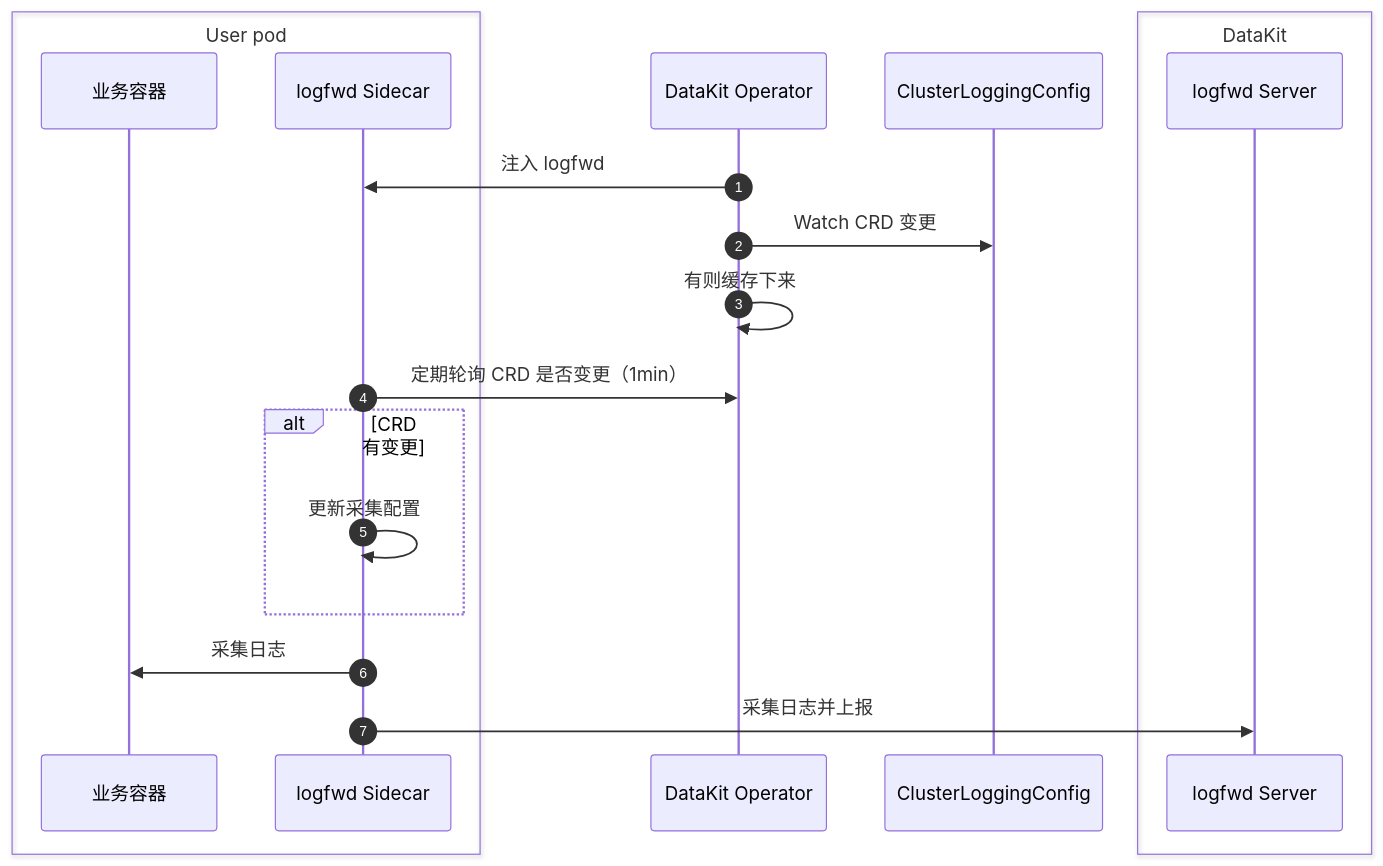
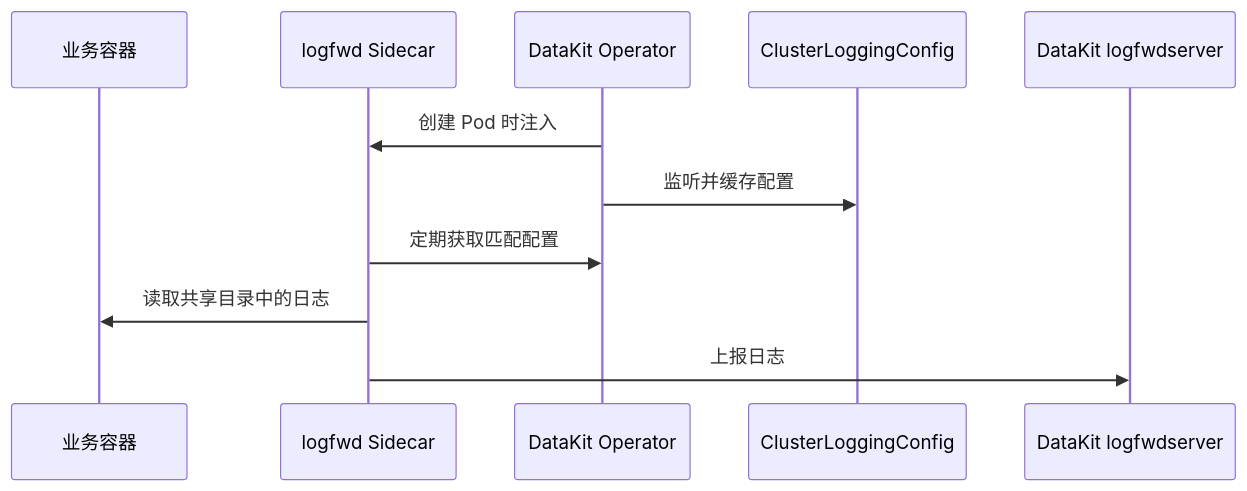
The diagram in export/zh/operator-logfwd.md (GuanceCloud/datakit-operator), drawn with Mermaid before and after one commit. The commit also changed other lines of this file and 55 other files, not shown here.

````diff
--- a/export/zh/operator-logfwd.md
+++ b/export/zh/operator-logfwd.md
@@ -8,28 +7,14 @@
 ```mermaid
 sequenceDiagram
-autonumber
+    participant App as 业务容器
+    participant Sidecar as logfwd Sidecar
+    participant Operator as DataKit Operator
+    participant CRD as ClusterLoggingConfig
+    participant DataKit as DataKit logfwdserver
 
-box User pod
-participant container as 业务容器
-participant logfwd as logfwd Sidecar
-end
-
-participant opr as DataKit Operator
-participant crd as ClusterLoggingConfig
-
-box DataKit
-participant logfwds as logfwd Server
-end
-
-opr ->> logfwd: 注入 logfwd
-opr ->> crd: Watch CRD 变更
-opr ->> opr: 有则缓存下来
-logfwd ->> opr: 定期轮询 CRD 是否变更（1min）
-
-alt CRD 有变更
-logfwd ->> logfwd: 更新采集配置
-end
-
-logfwd ->> container: 采集日志
-logfwd ->> logfwds: 采集日志并上报
+    Operator->>Sidecar: 创建 Pod 时注入
+    Operator->>CRD: 监听并缓存配置
+    Sidecar->>Operator: 定期获取匹配配置
+    Sidecar->>App: 读取共享目录中的日志
+    Sidecar->>DataKit: 上报日志
 ```
````
